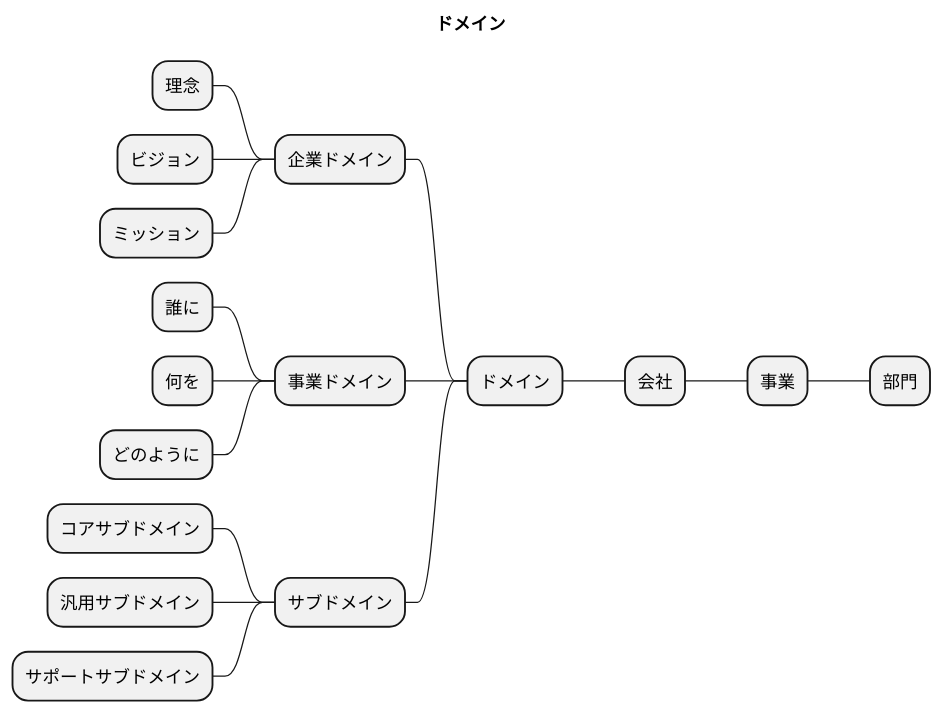
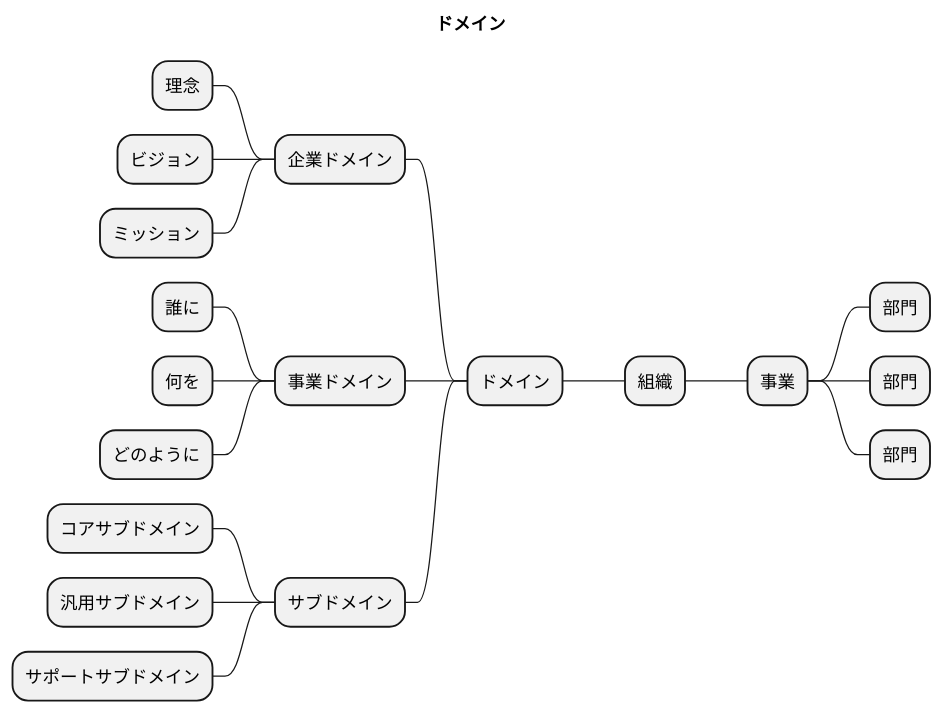
Before and after one commit to k2works/case-sutudy-business-analysis: the third of 12 diagrams in docs/biz.adoc, drawn with PlantUML. The commit also changed other lines of this file and 1 other file, not shown here.

```diff
--- a/docs/biz.adoc
+++ b/docs/biz.adoc
@@ -11,24 +70,27 @@
 [plantuml]
 ----
 @startmindmap
 
 title ドメイン
 
-* 会社
+* 組織
 -- ドメイン
 --- 企業ドメイン
 ---- 理念
 ---- ビジョン
 ---- ミッション
 --- 事業ドメイン
 ---- 誰に
 ---- 何を
 ---- どのように
 --- サブドメイン
 ---- コアサブドメイン
 ---- 汎用サブドメイン
 ---- サポートサブドメイン
 ** 事業
 *** 部門
+*** 部門
+*** 部門
+
 @endmindmap
 ----
```
